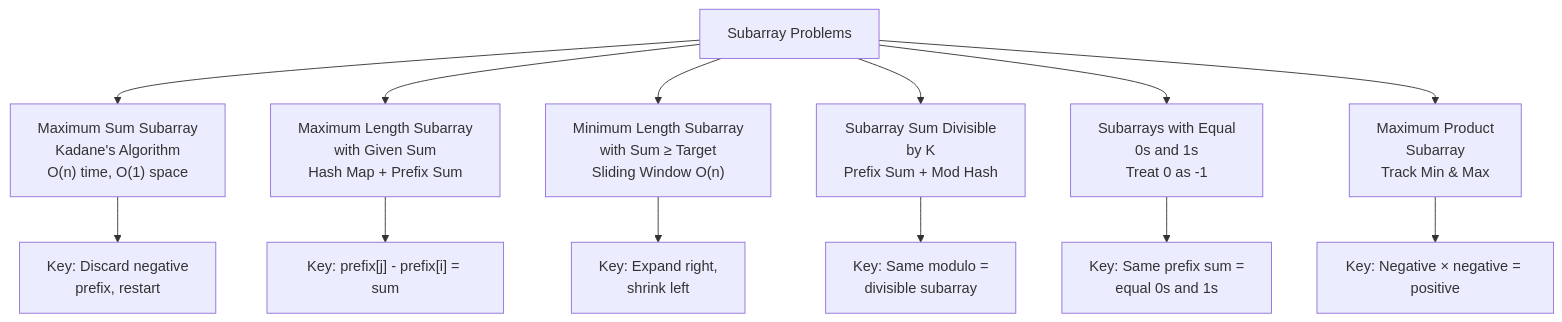
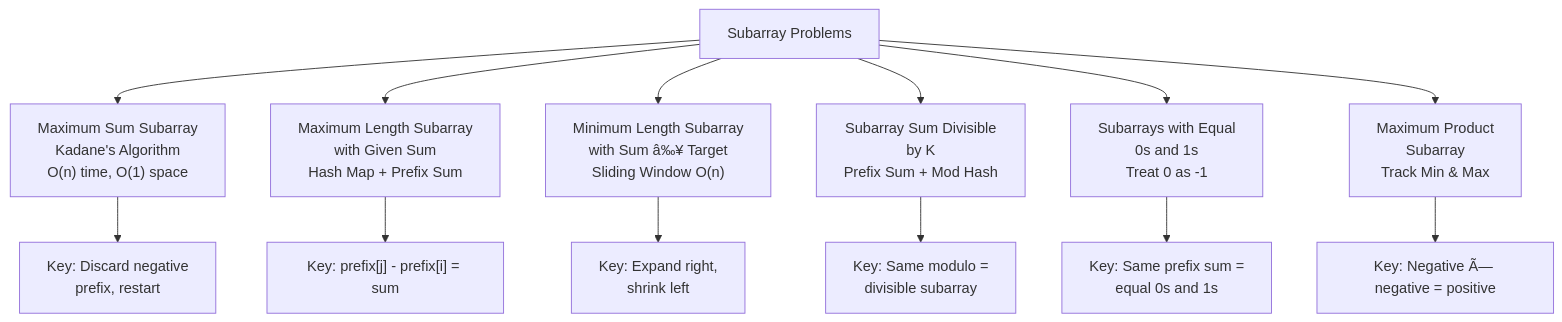
Before and after one commit to Raushan666java/ai-engineering-journey: the second of 2 diagrams in docs/courses/data-structures/02-arrays.md, drawn with Mermaid. The commit also changed other lines of this file and 735 other files, not shown here.

````diff
--- a/docs/courses/data-structures/02-arrays.md
+++ b/docs/courses/data-structures/02-arrays.md
@@ -2131,16 +2131,16 @@
 ```mermaid
 flowchart TD
     SP["Subarray Problems"] --> MaxSum["Maximum Sum Subarray<br/>Kadane's Algorithm<br/>O(n) time, O(1) space"]
     SP --> MaxLen["Maximum Length Subarray<br/>with Given Sum<br/>Hash Map + Prefix Sum"]
-    SP --> MinLen["Minimum Length Subarray<br/>with Sum ≥ Target<br/>Sliding Window O(n)"]
+    SP --> MinLen["Minimum Length Subarray<br/>with Sum â‰¥ Target<br/>Sliding Window O(n)"]
     SP --> SubDiv["Subarray Sum Divisible<br/>by K<br/>Prefix Sum + Mod Hash"]
     SP --> SubEq["Subarrays with Equal<br/>0s and 1s<br/>Treat 0 as -1"]
     SP --> MaxProd["Maximum Product<br/>Subarray<br/>Track Min & Max"]
     
     MaxSum --> KeyInsight1["Key: Discard negative<br/>prefix, restart"]
     MaxLen --> KeyInsight2["Key: prefix[j] - prefix[i] = sum"]
     MinLen --> KeyInsight3["Key: Expand right,<br/>shrink left"]
     SubDiv --> KeyInsight4["Key: Same modulo =<br/>divisible subarray"]
     SubEq --> KeyInsight5["Key: Same prefix sum =<br/>equal 0s and 1s"]
-    MaxProd --> KeyInsight6["Key: Negative × negative = positive"]
+    MaxProd --> KeyInsight6["Key: Negative Ã— negative = positive"]
 ```
````
